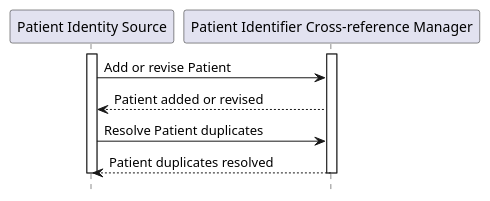
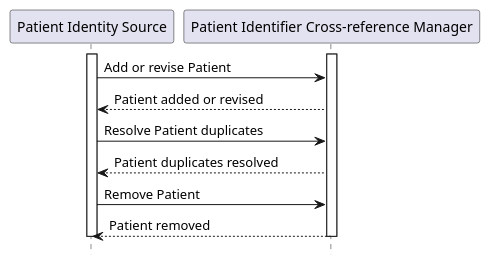
The diagram in input/images-source/ITI-104-seq.plantuml (IHE/ITI.PIXm), drawn with PlantUML before and after one commit. The commit also changed 3 other files, not shown here.

```diff
--- a/input/images-source/ITI-104-seq.plantuml
+++ b/input/images-source/ITI-104-seq.plantuml
@@ -1,13 +1,15 @@
 @startuml
 hide footbox
 participant "Patient Identity Source" as PatientIdentitySource
 participant "Patient Identifier Cross-reference Manager" as PatientIdentifierCrossReferenceManager
 activate "PatientIdentitySource"
 activate "PatientIdentifierCrossReferenceManager"
 "PatientIdentitySource" -> "PatientIdentifierCrossReferenceManager" : Add or revise Patient
 "PatientIdentifierCrossReferenceManager" --> "PatientIdentitySource" : Patient added or revised
 "PatientIdentitySource" -> "PatientIdentifierCrossReferenceManager" : Resolve Patient duplicates
 "PatientIdentifierCrossReferenceManager" --> "PatientIdentitySource" : Patient duplicates resolved
+"PatientIdentitySource" -> "PatientIdentifierCrossReferenceManager" : Remove Patient
+"PatientIdentifierCrossReferenceManager" --> "PatientIdentitySource" : Patient removed
 deactivate "PatientIdentitySource"
 deactivate "PatientIdentifierCrossReferenceManager"
 @enduml
```
